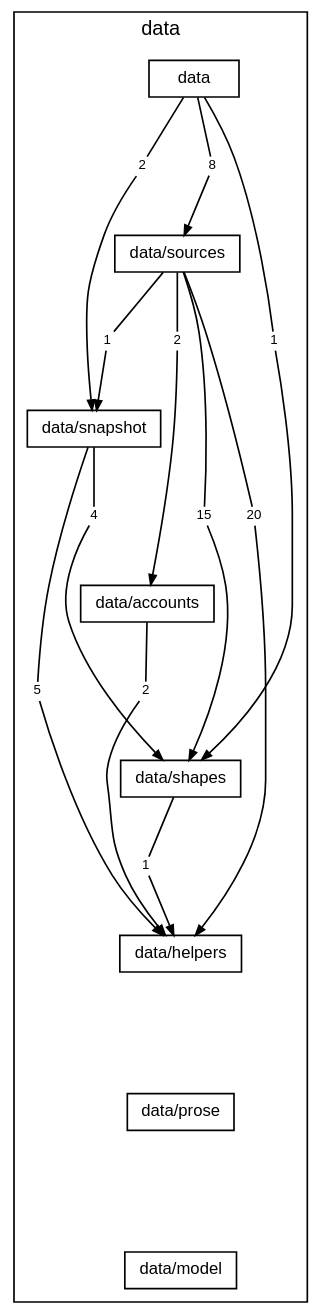
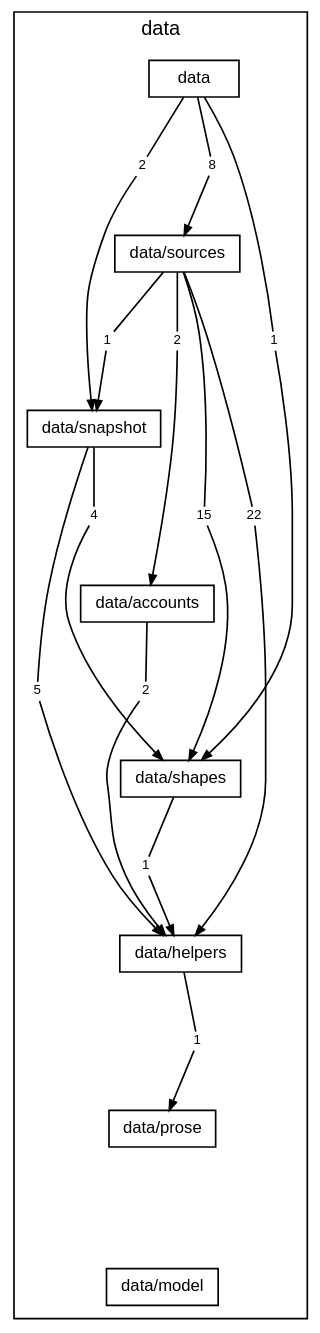
The diagram in docs/diagrams/layer-data.dot (TheAxeC/oculus), drawn with Graphviz before and after one commit. The commit also changed 65 other files, not shown here.

```diff
--- a/docs/diagrams/layer-data.dot
+++ b/docs/diagrams/layer-data.dot
@@ -1,56 +1,59 @@
 digraph layer_data {
     graph [bgcolor="transparent", rankdir=TB, newrank=true, fontname="Helvetica,Arial,sans-serif", fontsize=12, nodesep=0.2, ranksep=0.5];
     node [shape=box, color="black", fontcolor="black", fontname="Helvetica,Arial,sans-serif", fontsize=10, height=0.3, margin="0.12,0.04"];
     edge [color="black", fontcolor="black", fontname="Helvetica,Arial,sans-serif", fontsize=8, arrowsize=0.6];
     subgraph "cluster_data" {
         label="data"; style=solid;
         "folder data" [label="data"];
         "folder data/sources" [label="data/sources"];
         "folder data/snapshot" [label="data/snapshot"];
         "folder data/accounts" [label="data/accounts"];
         "folder data/shapes" [label="data/shapes"];
         "folder data/helpers" [label="data/helpers"];
         "folder data/prose" [label="data/prose"];
         "folder data/model" [label="data/model"];
         "folder data to folder data/shapes" [label="1", shape=box, color="transparent", fontsize=8, width=0, height=0, margin="0.04,0.02"];
         "folder data to folder data/snapshot" [label="2", shape=box, color="transparent", fontsize=8, width=0, height=0, margin="0.04,0.02"];
         "folder data to folder data/sources" [label="8", shape=box, color="transparent", fontsize=8, width=0, height=0, margin="0.04,0.02"];
         "folder data/sources to folder data/accounts" [label="2", shape=box, color="transparent", fontsize=8, width=0, height=0, margin="0.04,0.02"];
-        "folder data/sources to folder data/helpers" [label="20", shape=box, color="transparent", fontsize=8, width=0, height=0, margin="0.04,0.02"];
+        "folder data/sources to folder data/helpers" [label="22", shape=box, color="transparent", fontsize=8, width=0, height=0, margin="0.04,0.02"];
         "folder data/sources to folder data/shapes" [label="15", shape=box, color="transparent", fontsize=8, width=0, height=0, margin="0.04,0.02"];
         "folder data/sources to folder data/snapshot" [label="1", shape=box, color="transparent", fontsize=8, width=0, height=0, margin="0.04,0.02"];
         "folder data/snapshot to folder data/helpers" [label="5", shape=box, color="transparent", fontsize=8, width=0, height=0, margin="0.04,0.02"];
         "folder data/snapshot to folder data/shapes" [label="4", shape=box, color="transparent", fontsize=8, width=0, height=0, margin="0.04,0.02"];
         "folder data/accounts to folder data/helpers" [label="2", shape=box, color="transparent", fontsize=8, width=0, height=0, margin="0.04,0.02"];
         "folder data/shapes to folder data/helpers" [label="1", shape=box, color="transparent", fontsize=8, width=0, height=0, margin="0.04,0.02"];
+        "folder data/helpers to folder data/prose" [label="1", shape=box, color="transparent", fontsize=8, width=0, height=0, margin="0.04,0.02"];
     }
     "folder data" -> "folder data/sources" [style=invis, weight=10, minlen=2];
     "folder data/sources" -> "folder data/snapshot" [style=invis, weight=10, minlen=2];
     "folder data/snapshot" -> "folder data/accounts" [style=invis, weight=10, minlen=2];
     "folder data/accounts" -> "folder data/shapes" [style=invis, weight=10, minlen=2];
     "folder data/shapes" -> "folder data/helpers" [style=invis, weight=10, minlen=2];
     "folder data/helpers" -> "folder data/prose" [style=invis, weight=10, minlen=2];
     "folder data/prose" -> "folder data/model" [style=invis, weight=10, minlen=2];
     "folder data" -> "folder data to folder data/shapes" [arrowhead=none, minlen=3, weight=10];
     "folder data to folder data/shapes" -> "folder data/shapes" [];
     "folder data" -> "folder data to folder data/snapshot" [arrowhead=none, minlen=1, weight=10];
     "folder data to folder data/snapshot" -> "folder data/snapshot" [];
     "folder data" -> "folder data to folder data/sources" [arrowhead=none, minlen=1, weight=10];
     "folder data to folder data/sources" -> "folder data/sources" [];
     "folder data/sources" -> "folder data/sources to folder data/accounts" [arrowhead=none, minlen=1, weight=10];
     "folder data/sources to folder data/accounts" -> "folder data/accounts" [];
     "folder data/sources" -> "folder data/sources to folder data/helpers" [arrowhead=none, minlen=3, weight=10];
     "folder data/sources to folder data/helpers" -> "folder data/helpers" [];
     "folder data/sources" -> "folder data/sources to folder data/shapes" [arrowhead=none, minlen=3, weight=10];
     "folder data/sources to folder data/shapes" -> "folder data/shapes" [];
     "folder data/sources" -> "folder data/sources to folder data/snapshot" [arrowhead=none, minlen=1, weight=10];
     "folder data/sources to folder data/snapshot" -> "folder data/snapshot" [];
     "folder data/snapshot" -> "folder data/snapshot to folder data/helpers" [arrowhead=none, minlen=3, weight=10];
     "folder data/snapshot to folder data/helpers" -> "folder data/helpers" [];
     "folder data/snapshot" -> "folder data/snapshot to folder data/shapes" [arrowhead=none, minlen=1, weight=10];
     "folder data/snapshot to folder data/shapes" -> "folder data/shapes" [];
     "folder data/accounts" -> "folder data/accounts to folder data/helpers" [arrowhead=none, minlen=1, weight=10];
     "folder data/accounts to folder data/helpers" -> "folder data/helpers" [];
     "folder data/shapes" -> "folder data/shapes to folder data/helpers" [arrowhead=none, minlen=1, weight=10];
     "folder data/shapes to folder data/helpers" -> "folder data/helpers" [];
+    "folder data/helpers" -> "folder data/helpers to folder data/prose" [arrowhead=none, minlen=1, weight=10];
+    "folder data/helpers to folder data/prose" -> "folder data/prose" [];
 }
```
